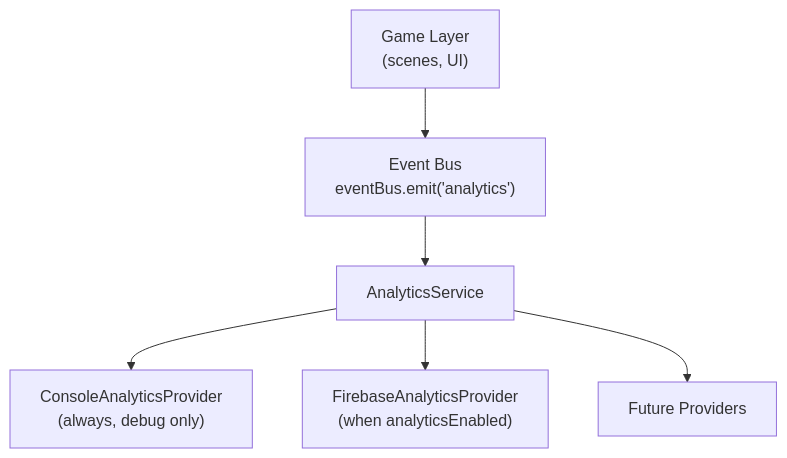
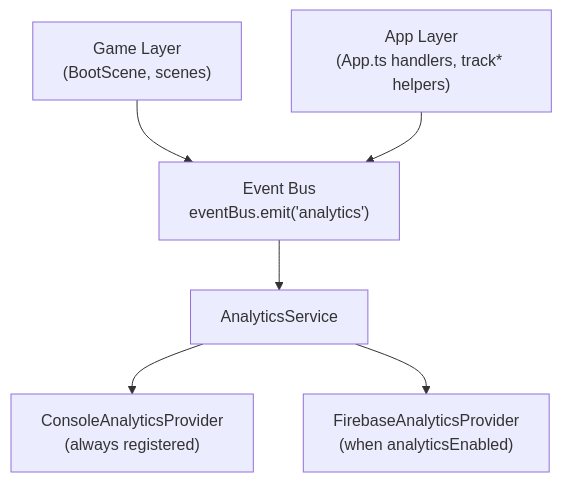
The first of 2 diagrams in docs/analytics.md (kevinvuong-mim/game-starter-kit), drawn with Mermaid before and after one commit. The commit also changed other lines of this file and 5 other files, not shown here.

Commit message:
Update architecture documentation to reflect changes

````diff
--- a/docs/analytics.md
+++ b/docs/analytics.md
@@ -7,15 +7,15 @@
 ```mermaid
 flowchart TD
-  Game["Game Layer\n(scenes, UI)"]
+  Game["Game Layer\n(BootScene, scenes)"]
+  App["App Layer\n(App.ts handlers, track* helpers)"]
   EB["Event Bus\neventBus.emit('analytics')"]
   AS["AnalyticsService"]
-  CP["ConsoleAnalyticsProvider\n(always, debug only)"]
+  CP["ConsoleAnalyticsProvider\n(always registered)"]
   FP["FirebaseAnalyticsProvider\n(when analyticsEnabled)"]
-  Future["Future Providers"]
 
   Game --> EB
+  App --> EB
   EB --> AS
   AS --> CP
   AS --> FP
-  AS --> Future
 ```
````
